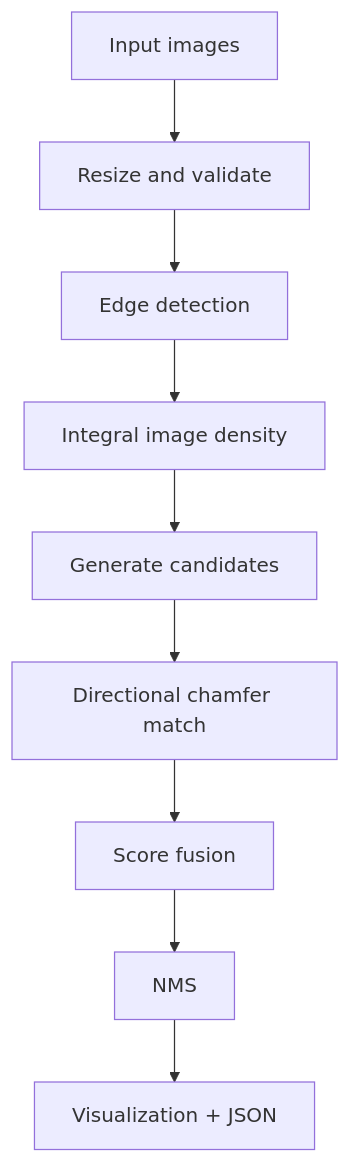
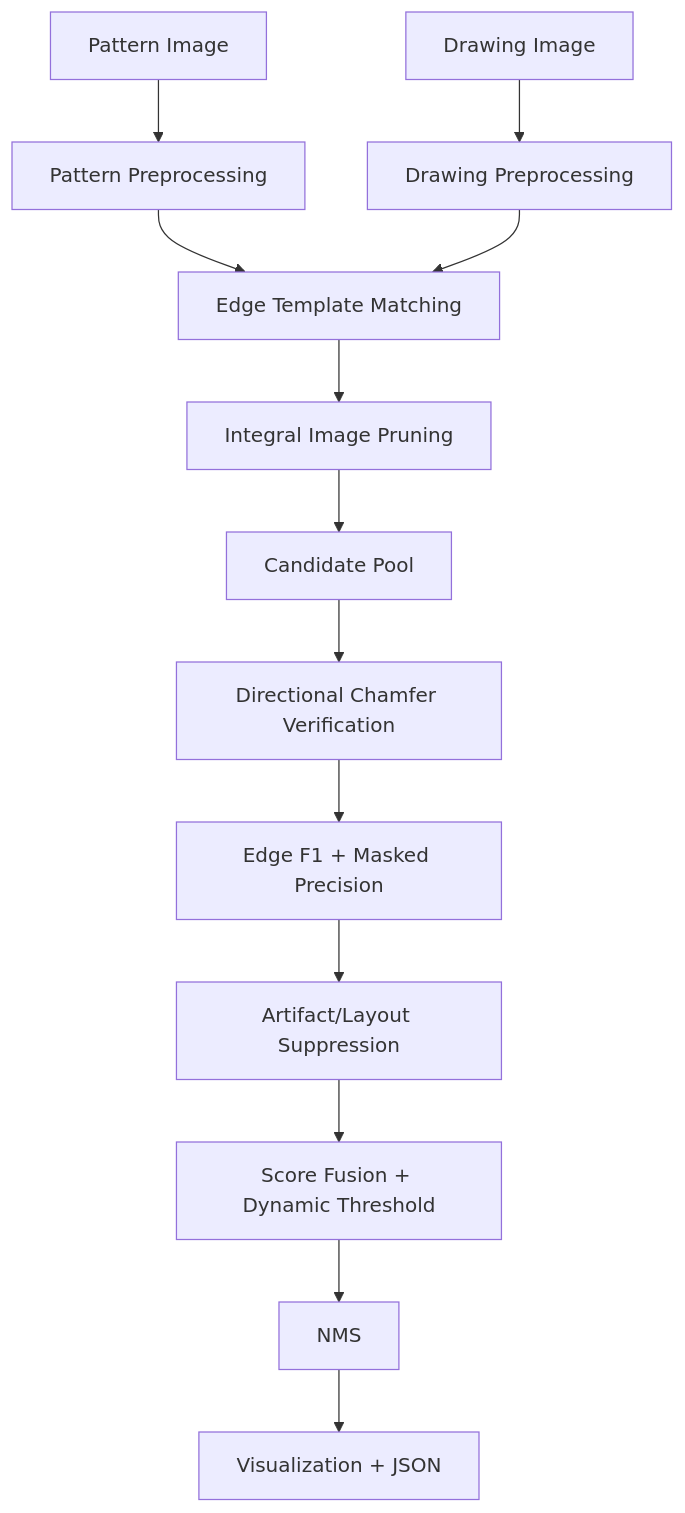
One commit to chplay2020/zero-shot-technical-drawing-search changed the diagram in zero-shot-bom-pattern-detection/docs/pipeline_diagram.md. Above: the diagram before and after it, drawn with Mermaid. The commit also changed 10 other files, not shown here.

````diff
--- a/zero-shot-bom-pattern-detection/docs/pipeline_diagram.md
+++ b/zero-shot-bom-pattern-detection/docs/pipeline_diagram.md
@@ -3,11 +3,15 @@
 ```mermaid
 flowchart TD
-    A[Input images] --> B[Resize and validate]
-    B --> C[Edge detection]
-    C --> D[Integral image density]
-    D --> E[Generate candidates]
-    E --> F[Directional chamfer match]
-    F --> G[Score fusion]
-    G --> H[NMS]
-    H --> I[Visualization + JSON]
+    A[Pattern Image] --> B[Pattern Preprocessing]
+    C[Drawing Image] --> D[Drawing Preprocessing]
+    B --> E[Edge Template Matching]
+    D --> E
+    E --> F[Integral Image Pruning]
+    F --> G[Candidate Pool]
+    G --> H[Directional Chamfer Verification]
+    H --> I[Edge F1 + Masked Precision]
+    I --> J[Artifact/Layout Suppression]
+    J --> K[Score Fusion + Dynamic Threshold]
+    K --> L[NMS]
+    L --> M[Visualization + JSON]
 ```
````
